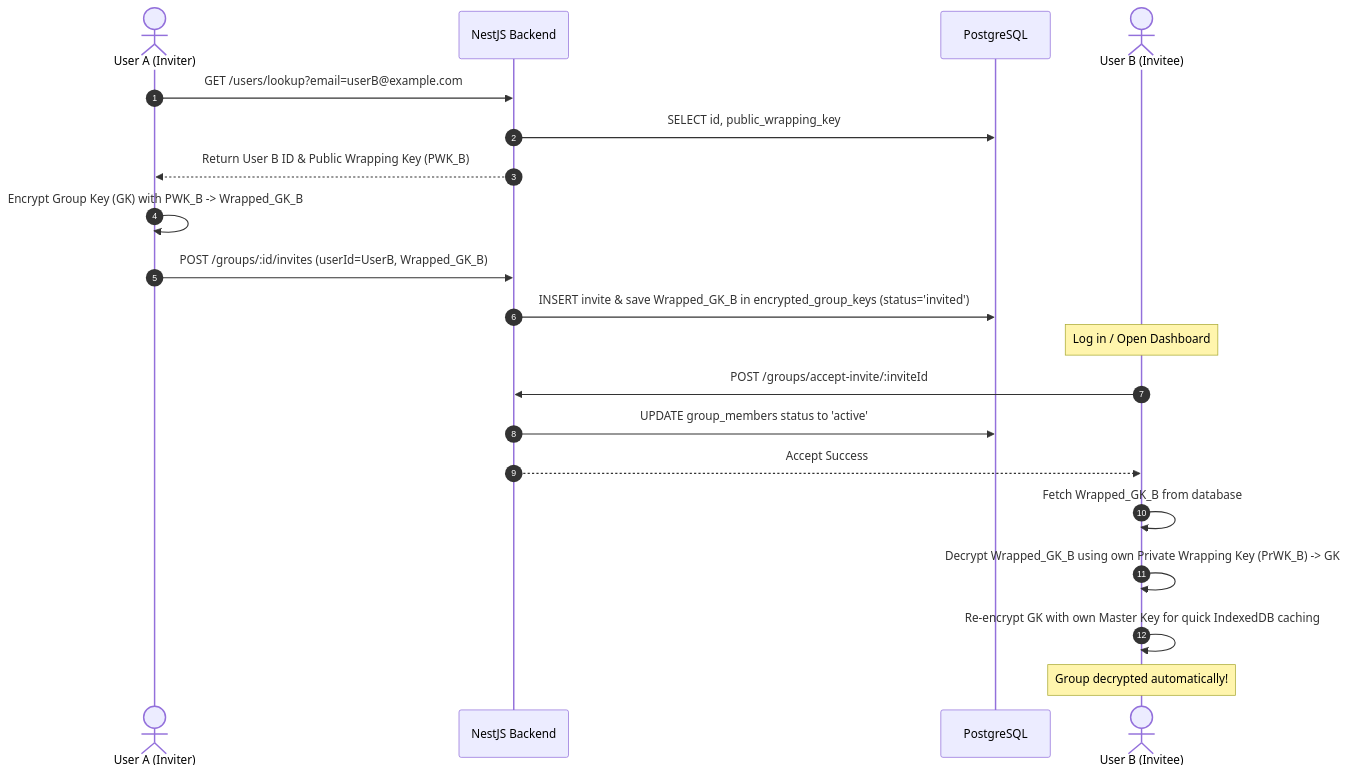
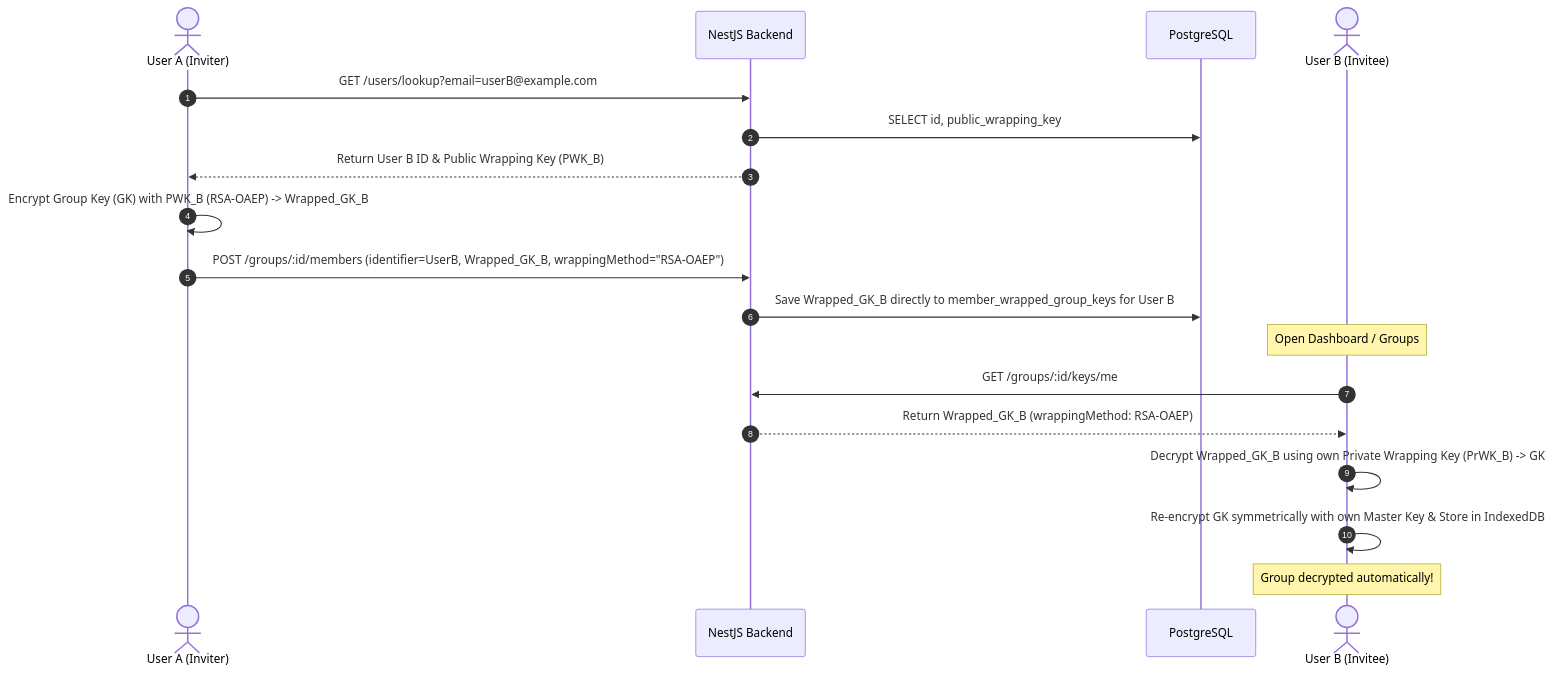
One commit to prvnsahni-duck/FInMate changed the second of 4 diagrams in zk_group_key_provisioning_architecture.md. Above: the diagram before and after it, drawn with Mermaid. The commit also changed other lines of this file and 13 other files, not shown here.

First line of the commit message:
fix(groups): resolve encrypted expense titles deadlock and history log ciphertext display

````diff
--- a/zk_group_key_provisioning_architecture.md
+++ b/zk_group_key_provisioning_architecture.md
@@ -62,24 +62,22 @@
 ```mermaid
 sequenceDiagram
     autonumber
     actor Inviter as User A (Inviter)
     participant API as NestJS Backend
     participant DB as PostgreSQL
     actor Invitee as User B (Invitee)
 
     Inviter->>API: GET /users/lookup?email=userB@example.com
     API->>DB: SELECT id, public_wrapping_key
     API-->>Inviter: Return User B ID & Public Wrapping Key (PWK_B)
-    Inviter->>Inviter: Encrypt Group Key (GK) with PWK_B -> Wrapped_GK_B
-    Inviter->>API: POST /groups/:id/invites (userId=UserB, Wrapped_GK_B)
-    API->>DB: INSERT invite & save Wrapped_GK_B in encrypted_group_keys (status='invited')
+    Inviter->>Inviter: Encrypt Group Key (GK) with PWK_B (RSA-OAEP) -> Wrapped_GK_B
+    Inviter->>API: POST /groups/:id/members (identifier=UserB, Wrapped_GK_B, wrappingMethod="RSA-OAEP")
+    API->>DB: Save Wrapped_GK_B directly to member_wrapped_group_keys for User B
     
-    Note over Invitee: Log in / Open Dashboard
-    Invitee->>API: POST /groups/accept-invite/:inviteId
-    API->>DB: UPDATE group_members status to 'active'
-    API-->>Invitee: Accept Success
-    Invitee->>Invitee: Fetch Wrapped_GK_B from database
+    Note over Invitee: Open Dashboard / Groups
+    Invitee->>API: GET /groups/:id/keys/me
+    API-->>Invitee: Return Wrapped_GK_B (wrappingMethod: RSA-OAEP)
     Invitee->>Invitee: Decrypt Wrapped_GK_B using own Private Wrapping Key (PrWK_B) -> GK
-    Invitee->>Invitee: Re-encrypt GK with own Master Key for quick IndexedDB caching
+    Invitee->>Invitee: Re-encrypt GK symmetrically with own Master Key & Store in IndexedDB
     Note over Invitee: Group decrypted automatically!
 ```
````
